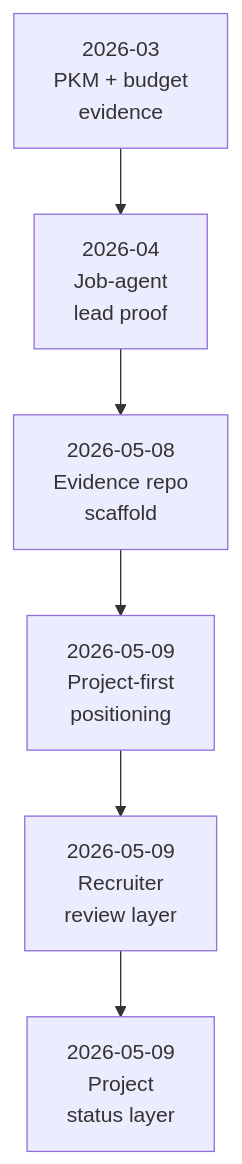
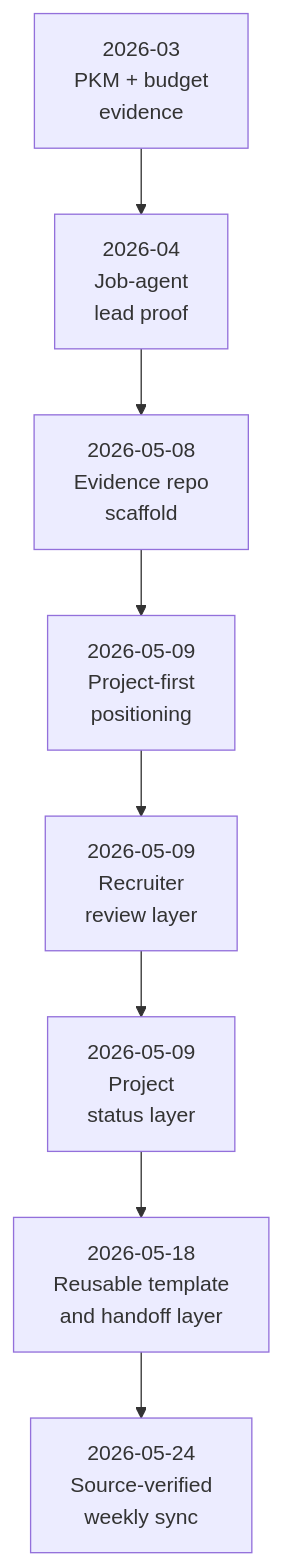
One commit to marcus-uden-dev/ai-native-proof-of-work changed the diagram in PROJECT_TIMELINE.md. Above: the diagram before and after it, drawn with Mermaid. The commit also changed other lines of this file and 15 other files, not shown here.

Commit message:
docs: sync weekly proof-of-work updates

````diff
--- a/PROJECT_TIMELINE.md
+++ b/PROJECT_TIMELINE.md
@@ -14,11 +14,13 @@
 ```mermaid
 flowchart TD
     M1["2026-03<br/>PKM + budget<br/>evidence"]
     M2["2026-04<br/>Job-agent<br/>lead proof"]
     M3["2026-05-08<br/>Evidence repo<br/>scaffold"]
     M4["2026-05-09<br/>Project-first<br/>positioning"]
     M5["2026-05-09<br/>Recruiter<br/>review layer"]
     M6["2026-05-09<br/>Project<br/>status layer"]
+    M7["2026-05-18<br/>Reusable template<br/>and handoff layer"]
+    M8["2026-05-24<br/>Source-verified<br/>weekly sync"]
 
-    M1 --> M2 --> M3 --> M4 --> M5 --> M6
+    M1 --> M2 --> M3 --> M4 --> M5 --> M6 --> M7 --> M8
 ```
````
